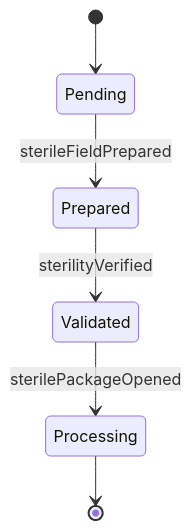
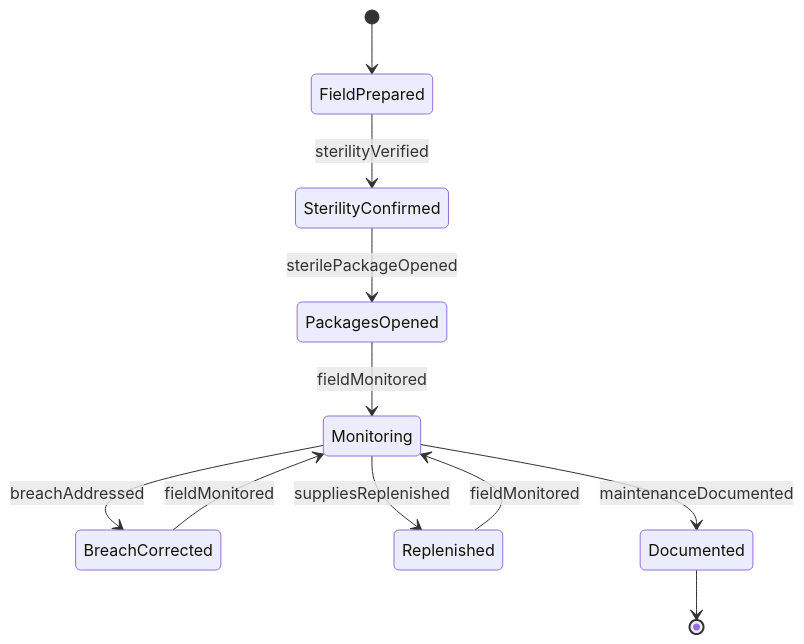
One commit to dot-org-ai/tasks.org.ai changed the second of 4 diagrams in AssistingAndCaringForOthers/AssistHealthcarePractitionersDuringMedicalProcedures/MaintainSterileOperativeFields.mdx. Above: the diagram before and after it, drawn with Mermaid. The commit also changed other lines of this file and 32 other files, not shown here.

First line of the commit message:
fix: Improve ER and State diagrams in 32 AssistingAndCaringForOthers DWA files

````diff
--- a/AssistingAndCaringForOthers/AssistHealthcarePractitionersDuringMedicalProcedures/MaintainSterileOperativeFields.mdx
+++ b/AssistingAndCaringForOthers/AssistHealthcarePractitionersDuringMedicalProcedures/MaintainSterileOperativeFields.mdx
@@ -99,8 +99,13 @@
 ```mermaid
 stateDiagram-v2
-    [*] --> Pending
-    Pending --> Prepared : sterileFieldPrepared
-    Prepared --> Validated : sterilityVerified
-    Validated --> Processing : sterilePackageOpened
-    Processing --> [*]
+    [*] --> FieldPrepared
+    FieldPrepared --> SterilityConfirmed : sterilityVerified
+    SterilityConfirmed --> PackagesOpened : sterilePackageOpened
+    PackagesOpened --> Monitoring : fieldMonitored
+    Monitoring --> BreachCorrected : breachAddressed
+    BreachCorrected --> Monitoring : fieldMonitored
+    Monitoring --> Replenished : suppliesReplenished
+    Replenished --> Monitoring : fieldMonitored
+    Monitoring --> Documented : maintenanceDocumented
+    Documented --> [*]
 ```
````
